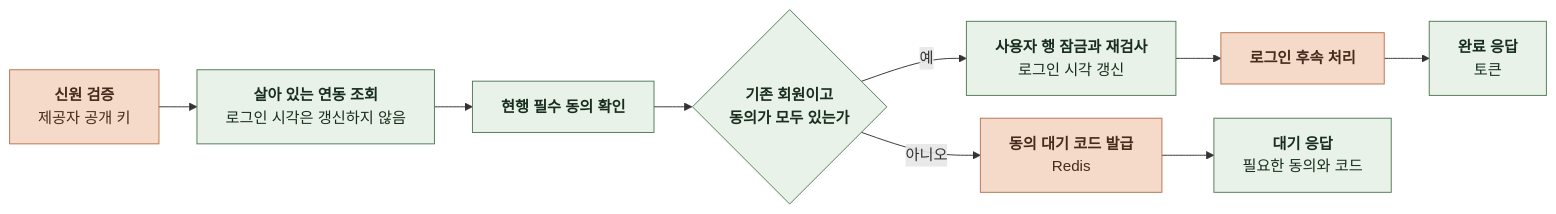
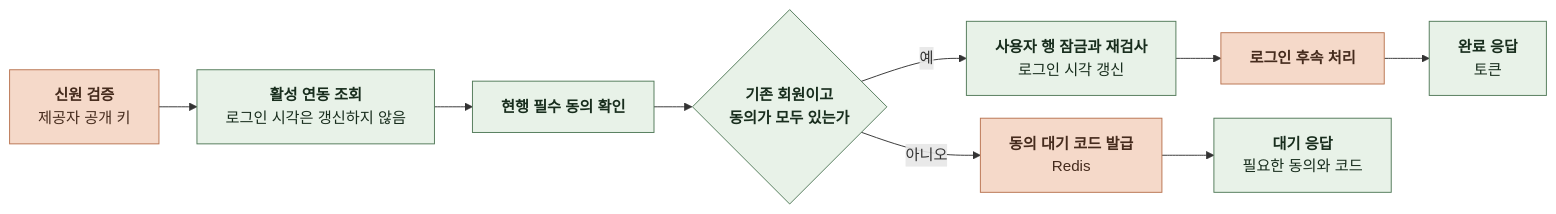
The first of 16 diagrams in docs/domain/ACCOUNT/BACKEND/4-1-PIPELINES.md (KIM-N-KANG/knk-harness), drawn with Mermaid before and after one commit. The commit also changed other lines of this file and 4 other files, not shown here.

````diff
--- a/docs/domain/ACCOUNT/BACKEND/4-1-PIPELINES.md
+++ b/docs/domain/ACCOUNT/BACKEND/4-1-PIPELINES.md
@@ -36,23 +36,23 @@
 ```mermaid
 %%{init: {"flowchart": {"curve": "basis", "nodeSpacing": 24, "rankSpacing": 40}}}%%
 flowchart LR
     A["`**신원 검증**
-제공자 공개 키`"] --> B["`**살아 있는 연동 조회**
+제공자 공개 키`"] --> B["`**활성 연동 조회**
 로그인 시각은 갱신하지 않음`"]
     B --> C["`**현행 필수 동의 확인**`"]
     C --> D{"`**기존 회원이고
 동의가 모두 있는가**`"}
     D -->|예| E["`**사용자 행 잠금과 재검사**
 로그인 시각 갱신`"]
     E --> F["`**로그인 후속 처리**`"]
     F --> G["`**완료 응답**
 토큰`"]
     D -->|아니오| H["`**동의 대기 코드 발급**
 Redis`"]
     H --> I["`**대기 응답**
 필요한 동의와 코드`"]
     classDef comp fill:#E8F2E8,stroke:#527A59,color:#182D1D
     classDef task fill:#F5D9C9,stroke:#B97450,color:#452B1D
     class B,C,D,E,G,I comp
     class A,F,H task
 ```
````
